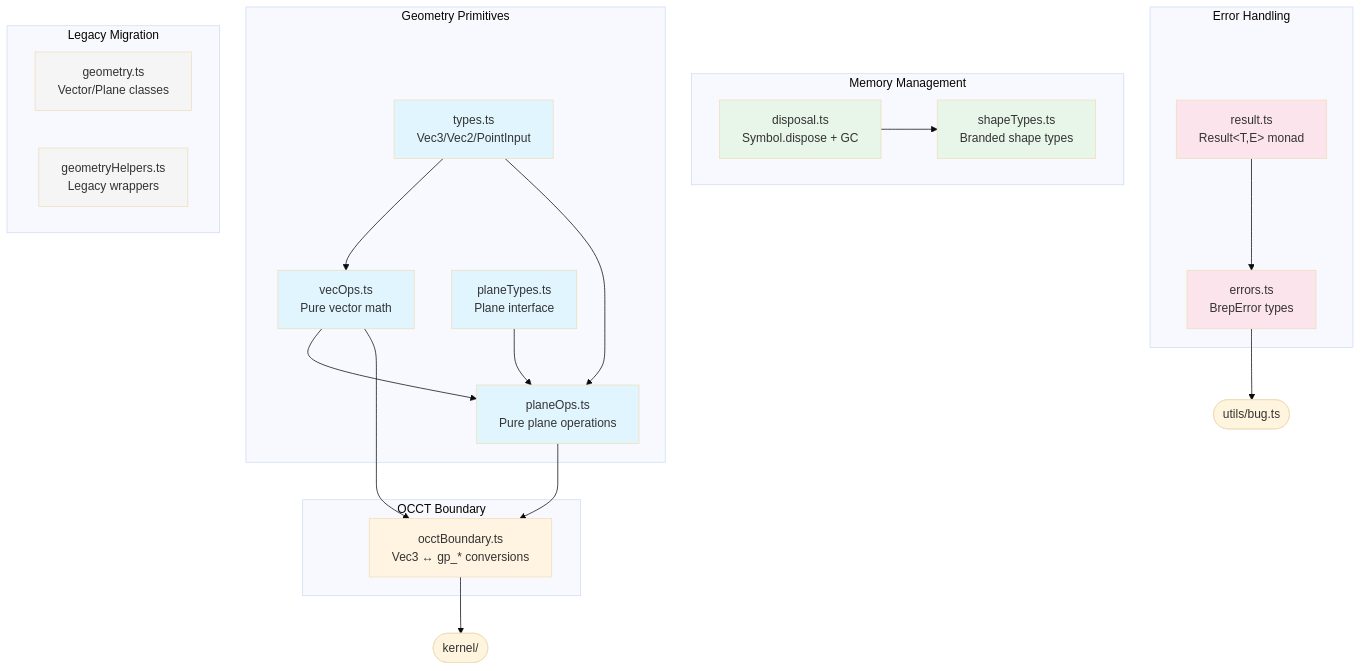
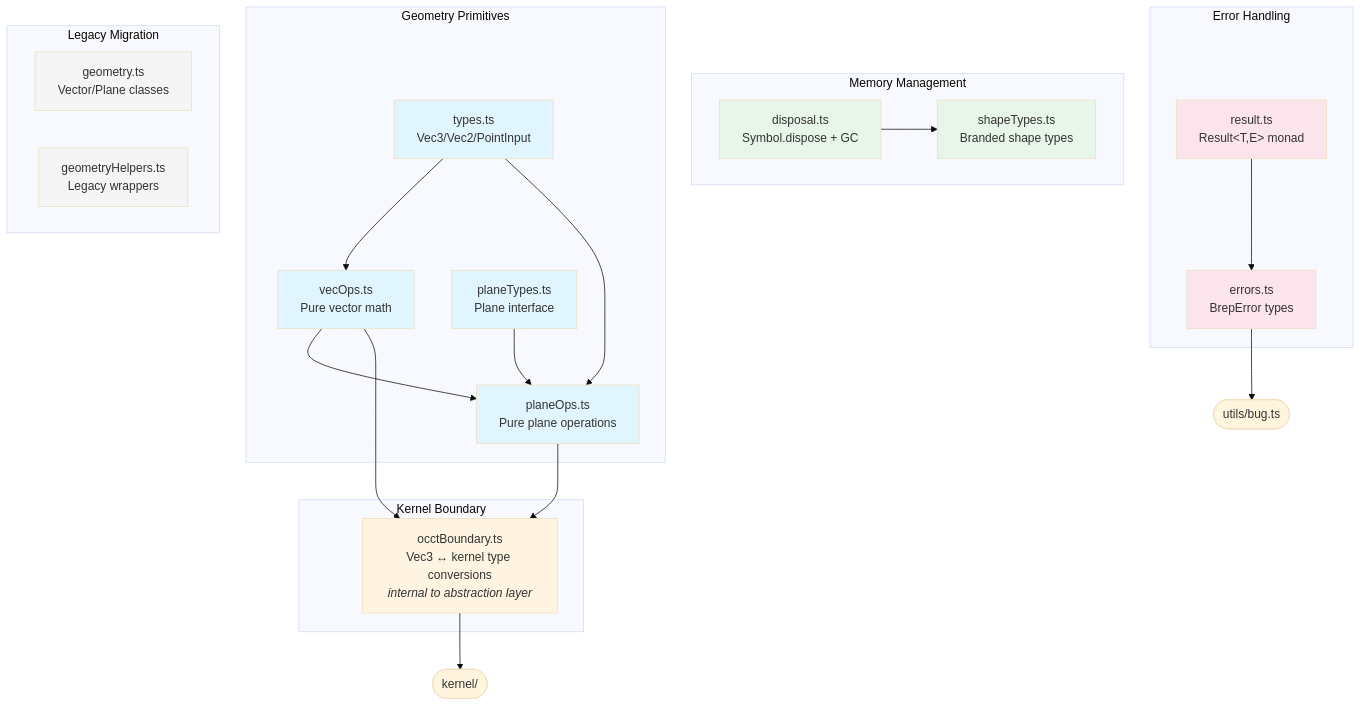
Before and after one commit to andymai/brepjs: the diagram in src/core/README.md, drawn with Mermaid (base theme). The commit also changed other lines of this file and 52 other files, not shown here.

First line of the commit message:
refactor(kernel): complete kernel abstraction and remove OCCT coupling from docs

````diff
--- a/src/core/README.md
+++ b/src/core/README.md
@@ -7,51 +7,51 @@
 ```mermaid
 graph TB
     subgraph "Geometry Primitives"
         types[types.ts<br/>Vec3/Vec2/PointInput]
         vecOps[vecOps.ts<br/>Pure vector math]
         planeTypes[planeTypes.ts<br/>Plane interface]
         planeOps[planeOps.ts<br/>Pure plane operations]
     end
 
-    subgraph "OCCT Boundary"
-        occtBoundary[occtBoundary.ts<br/>Vec3 ↔ gp_* conversions]
+    subgraph "Kernel Boundary"
+        occtBoundary[occtBoundary.ts<br/>Vec3 ↔ kernel type conversions<br/><i>internal to abstraction layer</i>]
     end
 
     subgraph "Memory Management"
         disposal[disposal.ts<br/>Symbol.dispose + GC]
         shapeTypes[shapeTypes.ts<br/>Branded shape types]
     end
 
     subgraph "Error Handling"
         result[result.ts<br/>Result&lt;T,E&gt; monad]
         errors[errors.ts<br/>BrepError types]
     end
 
     subgraph "Legacy Migration"
         geometry[geometry.ts<br/>Vector/Plane classes]
         geometryHelpers[geometryHelpers.ts<br/>Legacy wrappers]
     end
 
     types --> vecOps
     types --> planeOps
     planeTypes --> planeOps
     vecOps --> planeOps
     vecOps --> occtBoundary
     planeOps --> occtBoundary
     occtBoundary --> kernel([kernel/])
     disposal --> shapeTypes
     result --> errors
     errors --> utils([utils/bug.ts])
 
     style types fill:#e1f5ff
     style vecOps fill:#e1f5ff
     style planeTypes fill:#e1f5ff
     style planeOps fill:#e1f5ff
     style occtBoundary fill:#fff4e1
     style disposal fill:#e8f5e9
     style shapeTypes fill:#e8f5e9
     style result fill:#fce4ec
     style errors fill:#fce4ec
     style geometry fill:#f5f5f5
     style geometryHelpers fill:#f5f5f5
 ```
````
